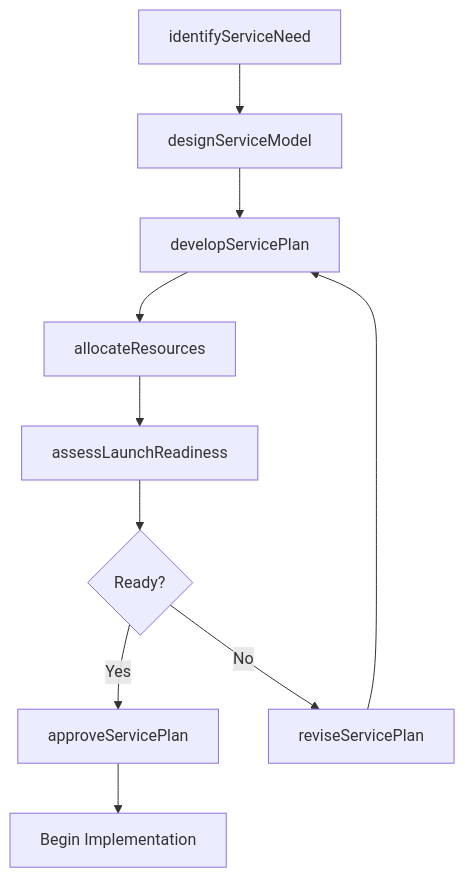
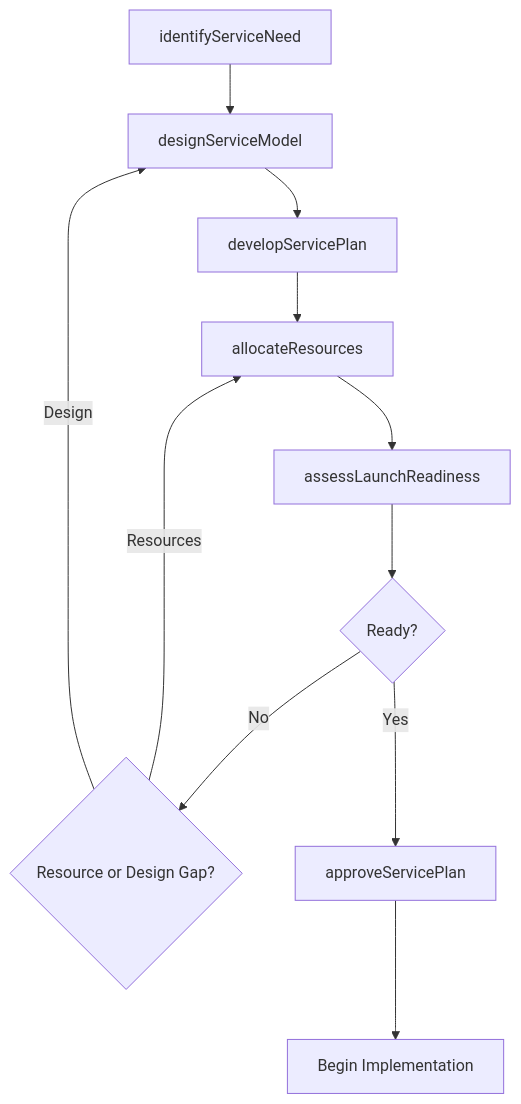
The third of 4 diagrams in ThinkingCreatively/DevelopOrganizationalOrProgramGoalsOrObjectives/DevelopPlansProgramsServices.mdx (dot-org-ai/tasks.org.ai), drawn with Mermaid before and after one commit. The commit also changed other lines of this file and 504 other files, not shown here.

First line of the commit message:
feat: Add ER diagrams, state diagrams, and workflow improvements to 96 DWA task files

````diff
--- a/ThinkingCreatively/DevelopOrganizationalOrProgramGoalsOrObjectives/DevelopPlansProgramsServices.mdx
+++ b/ThinkingCreatively/DevelopOrganizationalOrProgramGoalsOrObjectives/DevelopPlansProgramsServices.mdx
@@ -87,12 +116,13 @@
 ```mermaid
 graph TD
     A[identifyServiceNeed] --> B[designServiceModel]
     B --> C[developServicePlan]
     C --> D[allocateResources]
     D --> E[assessLaunchReadiness]
     E --> F{Ready?}
-    F -->|Yes| G[approveServicePlan]
-    F -->|No| H[reviseServicePlan]
-    H --> C
-    G --> I[Begin Implementation]
+    F -->|No| G{Resource or Design Gap?}
+    G -->|Resources| D
+    G -->|Design| B
+    F -->|Yes| H[approveServicePlan]
+    H --> I[Begin Implementation]
 ```
````
